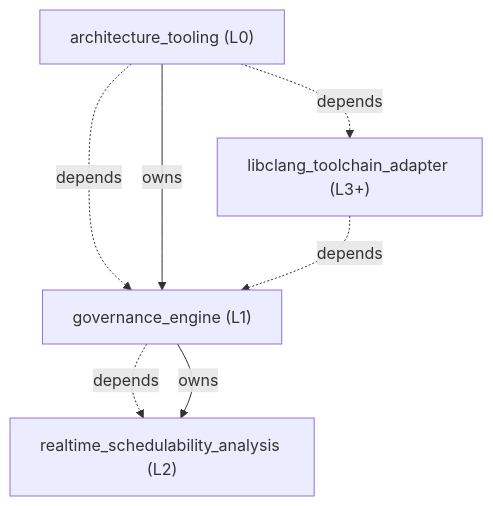
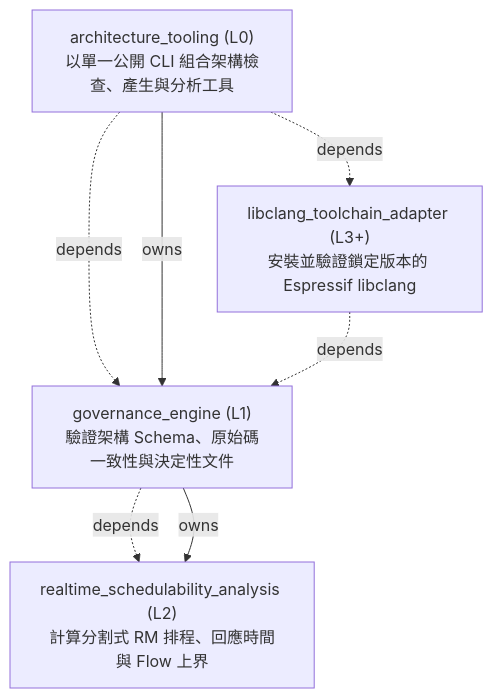
The diagram in plugins/governed-engineering-skills/skills/govern-modular-event-architecture/architecture/generated/system.md (ShinWeiPeng/skills), drawn with Mermaid before and after one commit. The commit also changed other lines of this file and 73 other files, not shown here.

Commit message:
add function-first architecture descriptions

````diff
--- a/plugins/governed-engineering-skills/skills/govern-modular-event-architecture/architecture/generated/system.md
+++ b/plugins/governed-engineering-skills/skills/govern-modular-event-architecture/architecture/generated/system.md
@@ -5,13 +5,13 @@
 ```mermaid
 flowchart TD
-    n_architecture_tooling["architecture_tooling (L0)"]
-    n_governance_engine["governance_engine (L1)"]
-    n_realtime_schedulability_analysis["realtime_schedulability_analysis (L2)"]
-    n_libclang_toolchain_adapter["libclang_toolchain_adapter (L3+)"]
+    n_architecture_tooling["architecture_tooling (L0)<br/>以單一公開 CLI 組合架構檢查、產生與分析工具"]
+    n_governance_engine["governance_engine (L1)<br/>驗證架構 Schema、原始碼一致性與決定性文件"]
+    n_realtime_schedulability_analysis["realtime_schedulability_analysis (L2)<br/>計算分割式 RM 排程、回應時間與 Flow 上界"]
+    n_libclang_toolchain_adapter["libclang_toolchain_adapter (L3+)<br/>安裝並驗證鎖定版本的 Espressif libclang"]
     n_architecture_tooling -.->|depends| n_governance_engine
     n_architecture_tooling -.->|depends| n_libclang_toolchain_adapter
     n_architecture_tooling -->|owns| n_governance_engine
     n_governance_engine -.->|depends| n_realtime_schedulability_analysis
     n_governance_engine -->|owns| n_realtime_schedulability_analysis
     n_libclang_toolchain_adapter -.->|depends| n_governance_engine
 ```
````
